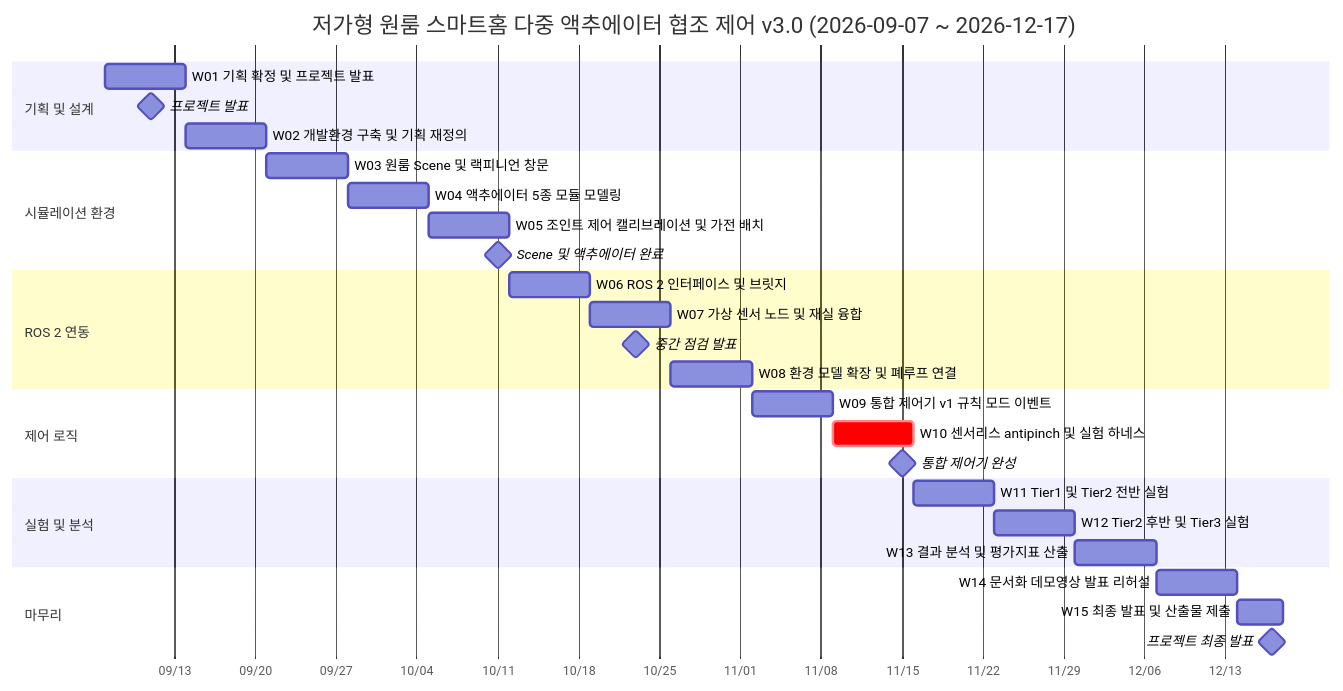
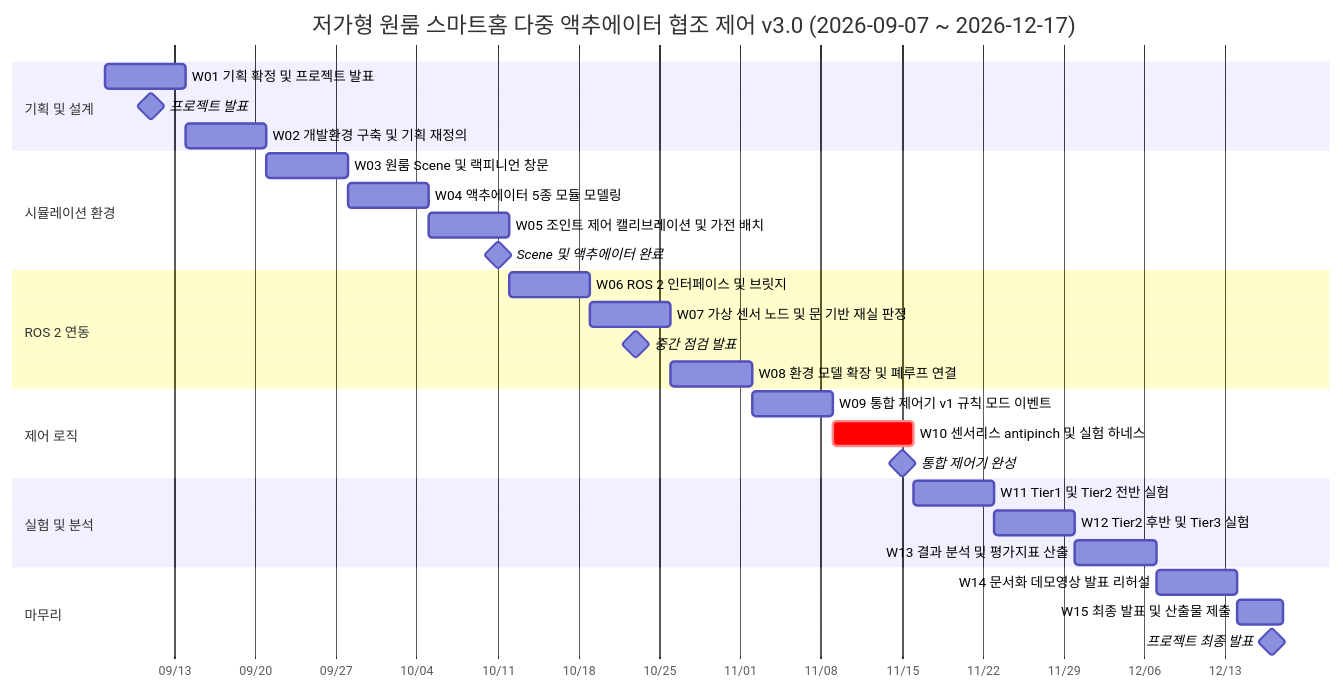
The diagram in docs/00_project_schedule.md (bbanggang0070/studio-smart-home-sim), drawn with Mermaid before and after one commit. The commit also changed other lines of this file and 21 other files, not shown here.

````diff
--- a/docs/00_project_schedule.md
+++ b/docs/00_project_schedule.md
@@ -128,38 +128,38 @@
 ```mermaid
 gantt
     title 저가형 원룸 스마트홈 다중 액추에이터 협조 제어 v3.0 (2026-09-07 ~ 2026-12-17)
     dateFormat YYYY-MM-DD
     axisFormat %m/%d
 
     section 기획 및 설계
     W01 기획 확정 및 프로젝트 발표 :a1, 2026-09-07, 7d
     프로젝트 발표 :milestone, m1, 2026-09-11, 0d
     W02 개발환경 구축 및 기획 재정의 :a2, 2026-09-14, 7d
 
     section 시뮬레이션 환경
     W03 원룸 Scene 및 랙피니언 창문 :b1, 2026-09-21, 7d
     W04 액추에이터 5종 모듈 모델링 :b2, 2026-09-28, 7d
     W05 조인트 제어 캘리브레이션 및 가전 배치 :b3, 2026-10-05, 7d
     Scene 및 액추에이터 완료 :milestone, m2, 2026-10-11, 0d
 
     section ROS 2 연동
     W06 ROS 2 인터페이스 및 브릿지 :c1, 2026-10-12, 7d
-    W07 가상 센서 노드 및 재실 융합 :c2, 2026-10-19, 7d
+    W07 가상 센서 노드 및 문 기반 재실 판정 :c2, 2026-10-19, 7d
     중간 점검 발표 :milestone, m3, 2026-10-23, 0d
     W08 환경 모델 확장 및 폐루프 연결 :c3, 2026-10-26, 7d
 
     section 제어 로직
     W09 통합 제어기 v1 규칙 모드 이벤트 :d1, 2026-11-02, 7d
     W10 센서리스 antipinch 및 실험 하네스 :crit, d2, 2026-11-09, 7d
     통합 제어기 완성 :milestone, m4, 2026-11-15, 0d
 
     section 실험 및 분석
     W11 Tier1 및 Tier2 전반 실험 :e1, 2026-11-16, 7d
     W12 Tier2 후반 및 Tier3 실험 :e2, 2026-11-23, 7d
     W13 결과 분석 및 평가지표 산출 :e3, 2026-11-30, 7d
 
     section 마무리
     W14 문서화 데모영상 발표 리허설 :f1, 2026-12-07, 7d
     W15 최종 발표 및 산출물 제출 :f2, 2026-12-14, 4d
     프로젝트 최종 발표 :milestone, m5, 2026-12-17, 0d
 ```
````
